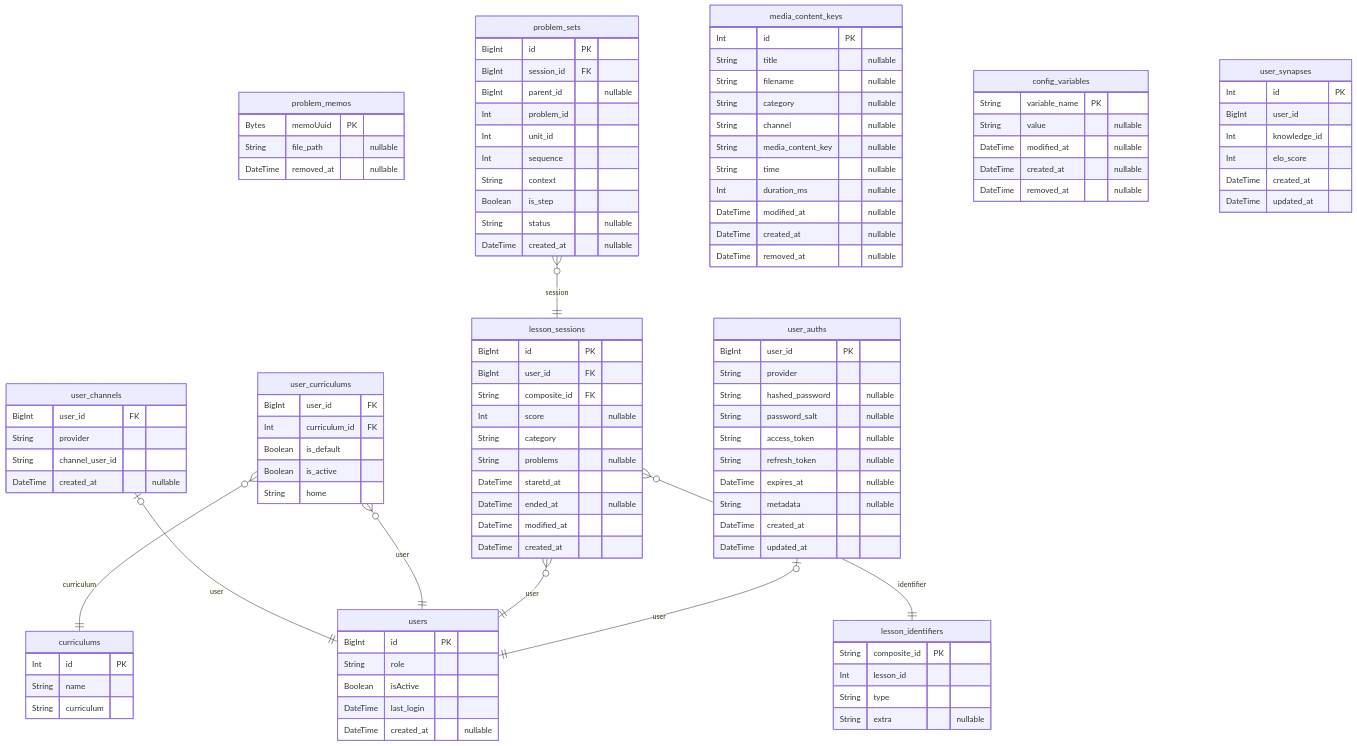
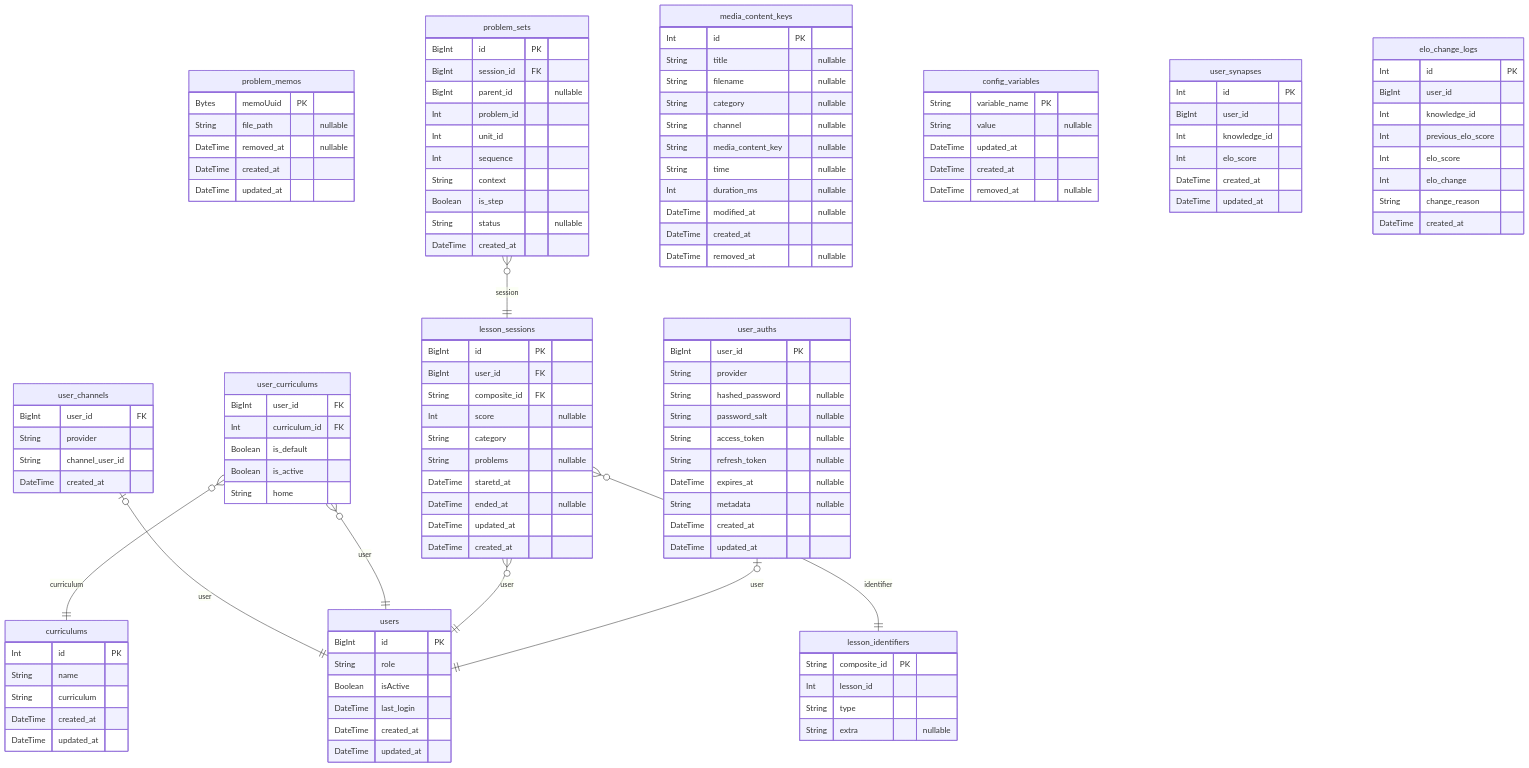
The diagram in prisma/SCHEMA.md (jungyun-kim/prisma-markdown), drawn with Mermaid before and after one commit. The commit also changed other lines of this file and 1 other file, not shown here.

Commit message:
createdAt, updatedAt 을 일관성 있도록 수정 및 EloChangeLogs 추가

```diff
--- a/prisma/SCHEMA.md
+++ b/prisma/SCHEMA.md
@@ -10,17 +10,21 @@
   Bytes memoUuid PK
   String file_path "nullable"
   DateTime removed_at "nullable"
+  DateTime created_at
+  DateTime updated_at
 }
 "curriculums" {
   Int id PK
   String name
   String curriculum
+  DateTime created_at
+  DateTime updated_at
 }
 "user_channels" {
   BigInt user_id FK
   String provider
   String channel_user_id
-  DateTime created_at "nullable"
+  DateTime created_at
 }
 "user_curriculums" {
   BigInt user_id FK
@@ -38,7 +42,7 @@
   String problems "nullable"
   DateTime staretd_at
   DateTime ended_at "nullable"
-  DateTime modified_at
+  DateTime updated_at
   DateTime created_at
 }
 "user_auths" {
@@ -58,7 +62,8 @@
   String role
   Boolean isActive
   DateTime last_login
-  DateTime created_at "nullable"
+  DateTime created_at
+  DateTime updated_at
 }
 "lesson_identifiers" {
   String composite_id PK
@@ -76,7 +81,7 @@
   String context
   Boolean is_step
   String status "nullable"
-  DateTime created_at "nullable"
+  DateTime created_at
 }
 "media_content_keys" {
   Int id PK
@@ -88,14 +93,14 @@
   String time "nullable"
   Int duration_ms "nullable"
   DateTime modified_at "nullable"
-  DateTime created_at "nullable"
+  DateTime created_at
   DateTime removed_at "nullable"
 }
 "config_variables" {
   String variable_name PK
   String value "nullable"
-  DateTime modified_at "nullable"
-  DateTime created_at "nullable"
+  DateTime updated_at
+  DateTime created_at
   DateTime removed_at "nullable"
 }
 "user_synapses" {
@@ -106,6 +111,16 @@
   DateTime created_at
   DateTime updated_at
 }
+"elo_change_logs" {
+  Int id PK
+  BigInt user_id
+  Int knowledge_id
+  Int previous_elo_score
+  Int elo_score
+  Int elo_change
+  String change_reason
+  DateTime created_at
+}
 "user_channels" |o--|| "users" : user
 "user_curriculums" }o--|| "users" : user
 "user_curriculums" }o--|| "curriculums" : curriculum
```
